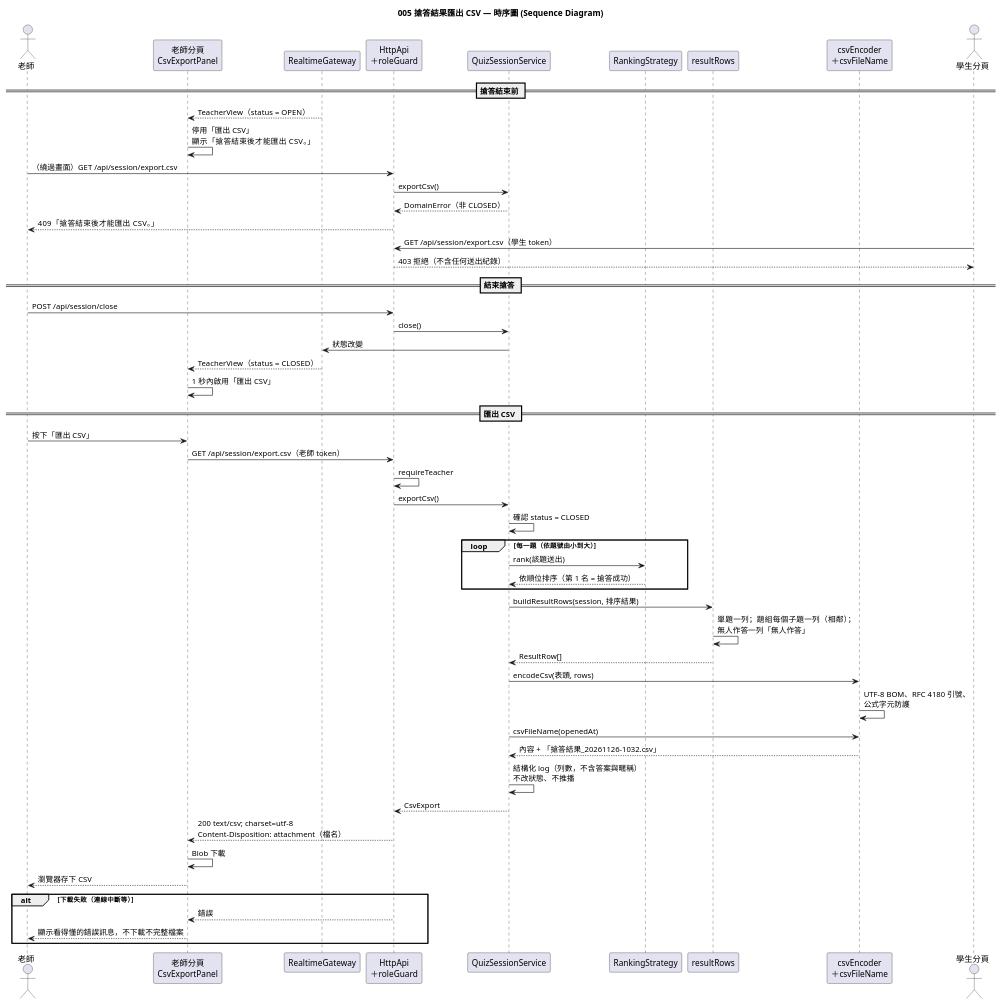
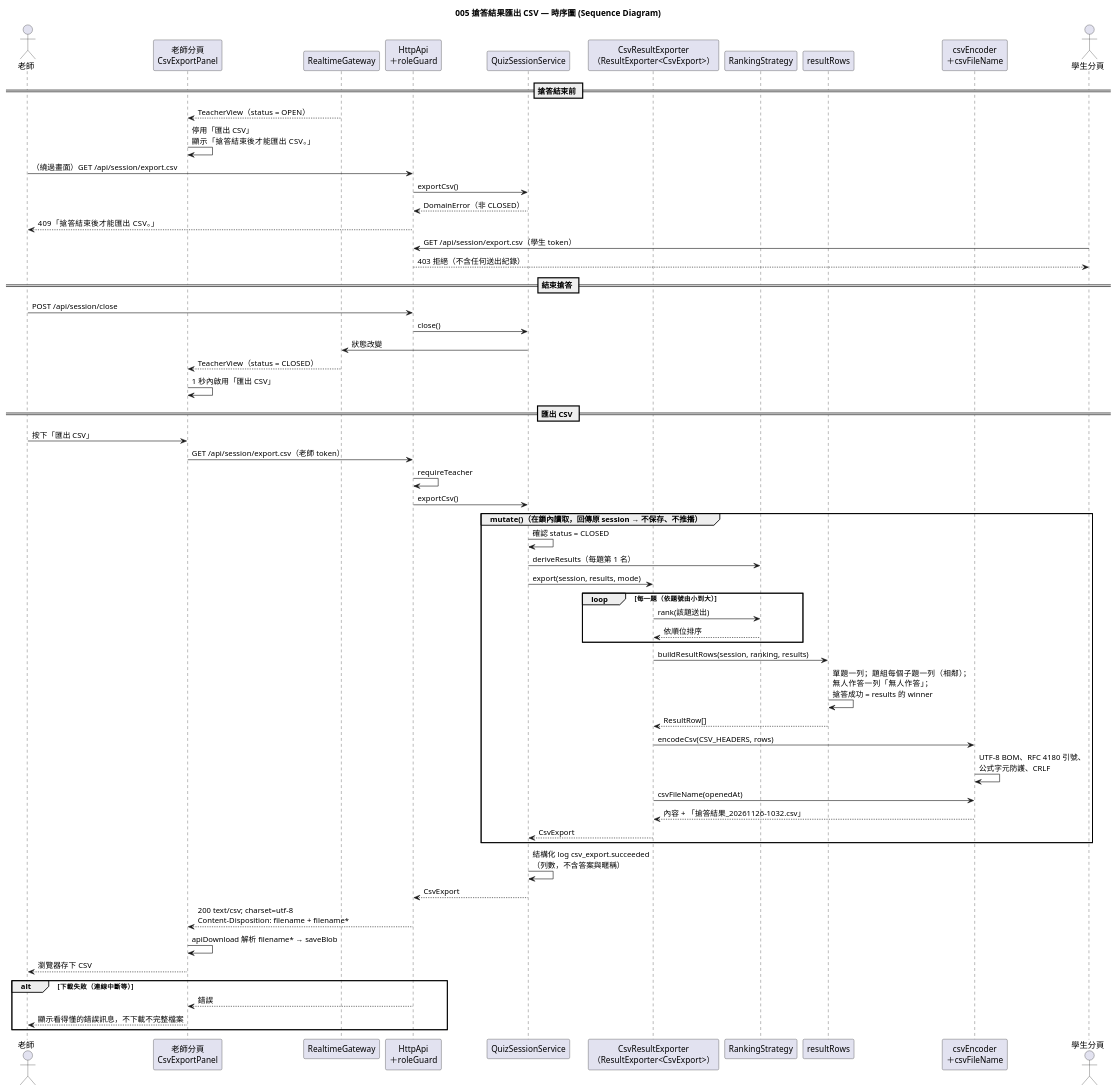
One commit to kevin20694569/classroom_response_system changed the diagram in diagrams/005-results-csv-export-sequence.puml. Above: the diagram before and after it, drawn with PlantUML. The commit also changed 14 other files, not shown here.

First line of the commit message:
docs(005): clarify spec, add plan, design docs and tasks for CSV export

```diff
--- a/diagrams/005-results-csv-export-sequence.puml
+++ b/diagrams/005-results-csv-export-sequence.puml
@@ -1,61 +1,67 @@
 @startuml 005-results-csv-export-sequence
 ' 子功能 005：搶答結果匯出 CSV — 時序圖
 skinparam defaultFontName "PingFang TC"
 title 005 搶答結果匯出 CSV — 時序圖 (Sequence Diagram)
 
 actor "老師" as T
 participant "老師分頁\nCsvExportPanel" as Panel
 participant "RealtimeGateway" as RT
 participant "HttpApi\n＋roleGuard" as Http
 participant "QuizSessionService" as Svc
+participant "CsvResultExporter\n（ResultExporter<CsvExport>）" as Csv
 participant "RankingStrategy" as Rank
 participant "resultRows" as Rows
 participant "csvEncoder\n＋csvFileName" as Enc
 actor "學生分頁" as S
 
 == 搶答結束前 ==
 RT --> Panel : TeacherView（status = OPEN）
 Panel -> Panel : 停用「匯出 CSV」\n顯示「搶答結束後才能匯出 CSV。」
 T -> Http : （繞過畫面）GET /api/session/export.csv
 Http -> Svc : exportCsv()
 Svc --> Http : DomainError（非 CLOSED）
 Http --> T : 409「搶答結束後才能匯出 CSV。」
 
 S -> Http : GET /api/session/export.csv（學生 token）
 Http --> S : 403 拒絕（不含任何送出紀錄）
 
 == 結束搶答 ==
 T -> Http : POST /api/session/close
 Http -> Svc : close()
 Svc -> RT : 狀態改變
 RT --> Panel : TeacherView（status = CLOSED）
 Panel -> Panel : 1 秒內啟用「匯出 CSV」
 
 == 匯出 CSV ==
 T -> Panel : 按下「匯出 CSV」
 Panel -> Http : GET /api/session/export.csv（老師 token）
 Http -> Http : requireTeacher
 Http -> Svc : exportCsv()
-Svc -> Svc : 確認 status = CLOSED
-loop 每一題（依題號由小到大）
-  Svc -> Rank : rank(該題送出)
-  Rank --> Svc : 依順位排序（第 1 名 = 搶答成功）
+group mutate()（在鎖內讀取，回傳原 session → 不保存、不推播）
+  Svc -> Svc : 確認 status = CLOSED
+  Svc -> Rank : deriveResults（每題第 1 名）
+  Svc -> Csv : export(session, results, mode)
+  loop 每一題（依題號由小到大）
+    Csv -> Rank : rank(該題送出)
+    Rank --> Csv : 依順位排序
+  end
+  Csv -> Rows : buildResultRows(session, ranking, results)
+  Rows -> Rows : 單題一列；題組每個子題一列（相鄰）；\n無人作答一列「無人作答」；\n搶答成功 = results 的 winner
+  Rows --> Csv : ResultRow[]
+  Csv -> Enc : encodeCsv(CSV_HEADERS, rows)
+  Enc -> Enc : UTF-8 BOM、RFC 4180 引號、\n公式字元防護、CRLF
+  Csv -> Enc : csvFileName(openedAt)
+  Enc --> Csv : 內容 + 「搶答結果_20261126-1032.csv」
+  Csv --> Svc : CsvExport
 end
-Svc -> Rows : buildResultRows(session, 排序結果)
-Rows -> Rows : 單題一列；題組每個子題一列（相鄰）；\n無人作答一列「無人作答」
-Rows --> Svc : ResultRow[]
-Svc -> Enc : encodeCsv(表頭, rows)
-Enc -> Enc : UTF-8 BOM、RFC 4180 引號、\n公式字元防護
-Svc -> Enc : csvFileName(openedAt)
-Enc --> Svc : 內容 + 「搶答結果_20261126-1032.csv」
-Svc -> Svc : 結構化 log（列數，不含答案與暱稱）\n不改狀態、不推播
+Svc -> Svc : 結構化 log csv_export.succeeded\n（列數，不含答案與暱稱）
 Svc --> Http : CsvExport
-Http --> Panel : 200 text/csv; charset=utf-8\nContent-Disposition: attachment（檔名）
-Panel -> Panel : Blob 下載
+Http --> Panel : 200 text/csv; charset=utf-8\nContent-Disposition: filename + filename*
+Panel -> Panel : apiDownload 解析 filename* → saveBlob
 Panel --> T : 瀏覽器存下 CSV
 
 alt 下載失敗（連線中斷等）
   Http --> Panel : 錯誤
   Panel --> T : 顯示看得懂的錯誤訊息，不下載不完整檔案
 end
 @enduml
```
